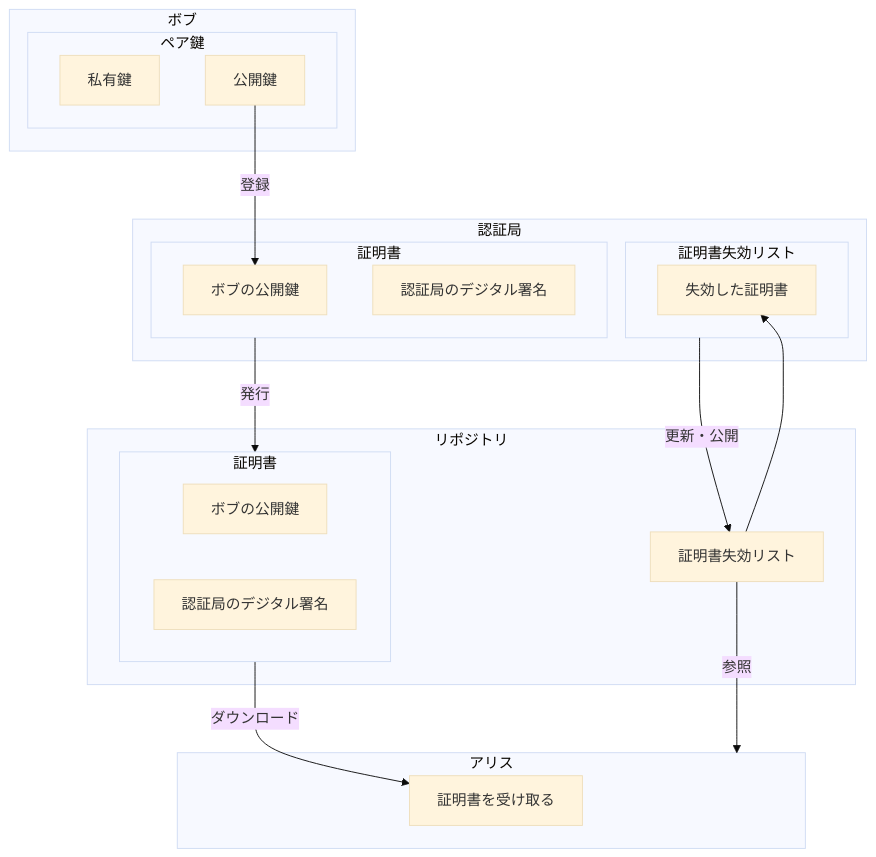
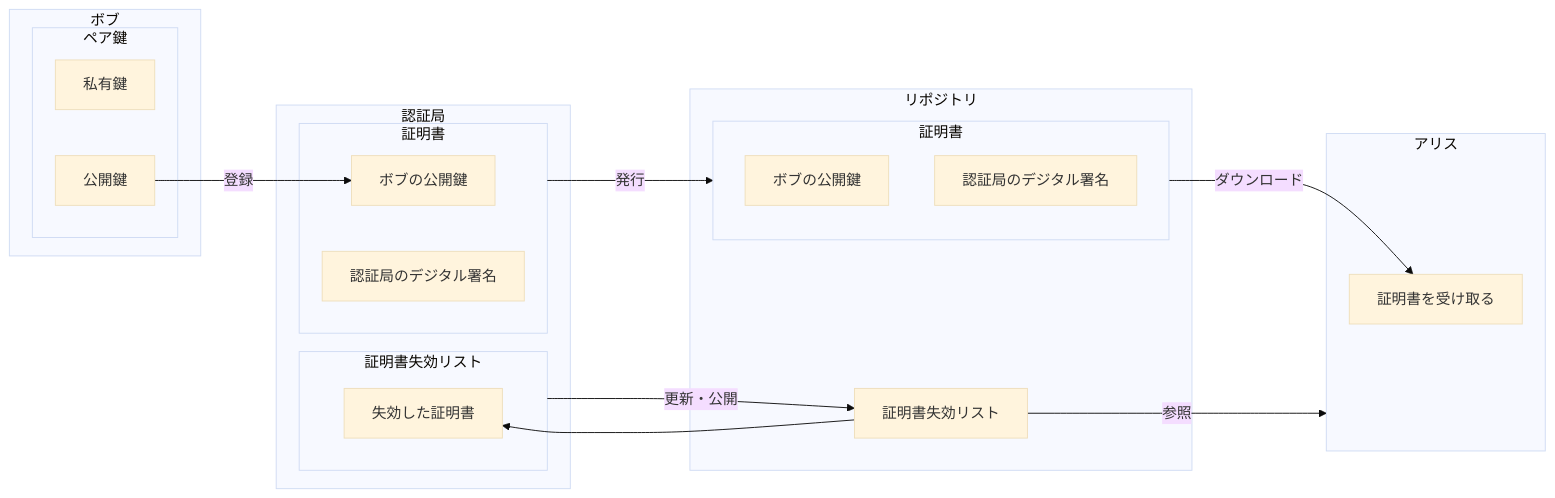
Before and after one commit to shuji-bonji/Notes-about-Digital-Signatures-and-Timestamps: the first of 2 diagrams in PublicKeyCryptographyInfrastructure.md, drawn with Mermaid (base theme). The commit also changed other lines of this file and 3 other files, not shown here.

````diff
--- a/PublicKeyCryptographyInfrastructure.md
+++ b/PublicKeyCryptographyInfrastructure.md
@@ -26,37 +49,37 @@
 ```mermaid
-graph TD
+graph LR
     subgraph Bob["ボブ"]
       subgraph pairKey["ペア鍵"]
         B_priKey["私有鍵"]
         B_pubKey["公開鍵"]
       end
     end
 
     subgraph Auth["認証局"]
       subgraph B_cert["証明書"]
         B_pubKey_in_cert["ボブの公開鍵"]
         Auth_sign["認証局のデジタル署名"]
       end
       subgraph CRL["証明書失効リスト"]
         revokedCert["失効した証明書"]
       end
     end
 
     subgraph Repository["リポジトリ"]
       subgraph B_cert_in_rep["証明書"]
         B_pubKey_in_rep["ボブの公開鍵"]
         Auth_sign_in_rep["認証局のデジタル署名"]
       end
       CRL_in_Rep["証明書失効リスト"] --> revokedCert
     end
 
     subgraph Alice["アリス"]
       A_receive_cert["証明書を受け取る"]
     end
 
     B_pubKey --"登録"--> B_pubKey_in_cert
     B_cert --"発行"--> B_cert_in_rep
     B_cert_in_rep --"ダウンロード"--> A_receive_cert
     CRL --"更新・公開"--> CRL_in_Rep
     CRL_in_Rep --"参照"--> Alice
 ```
````
